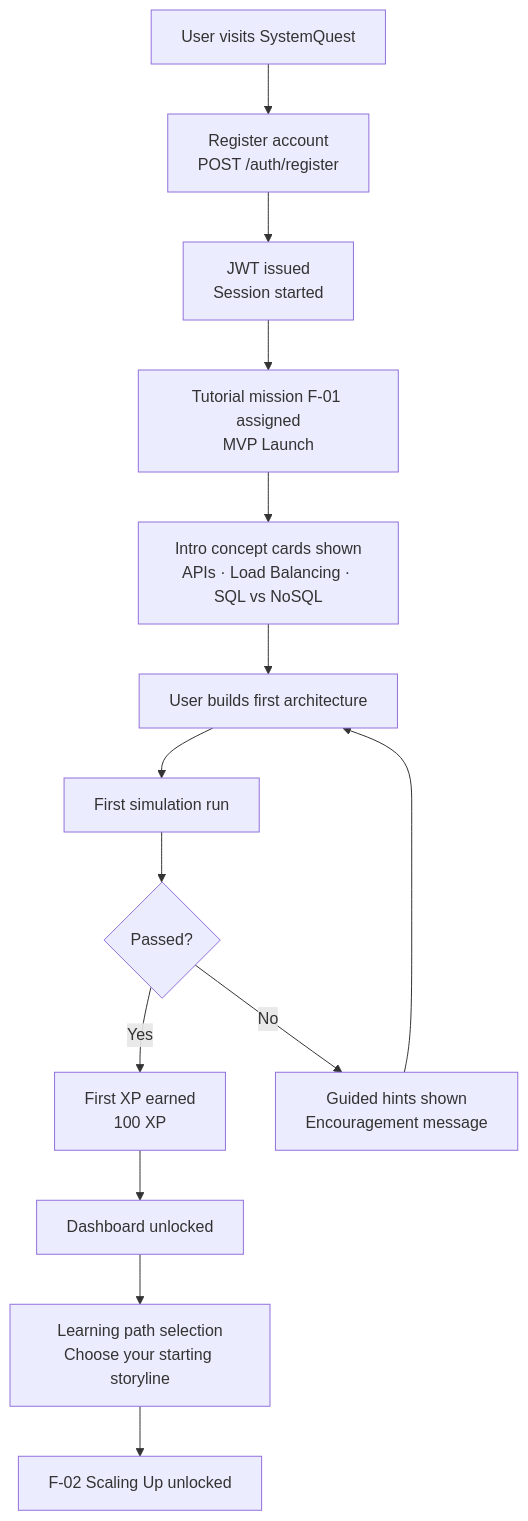
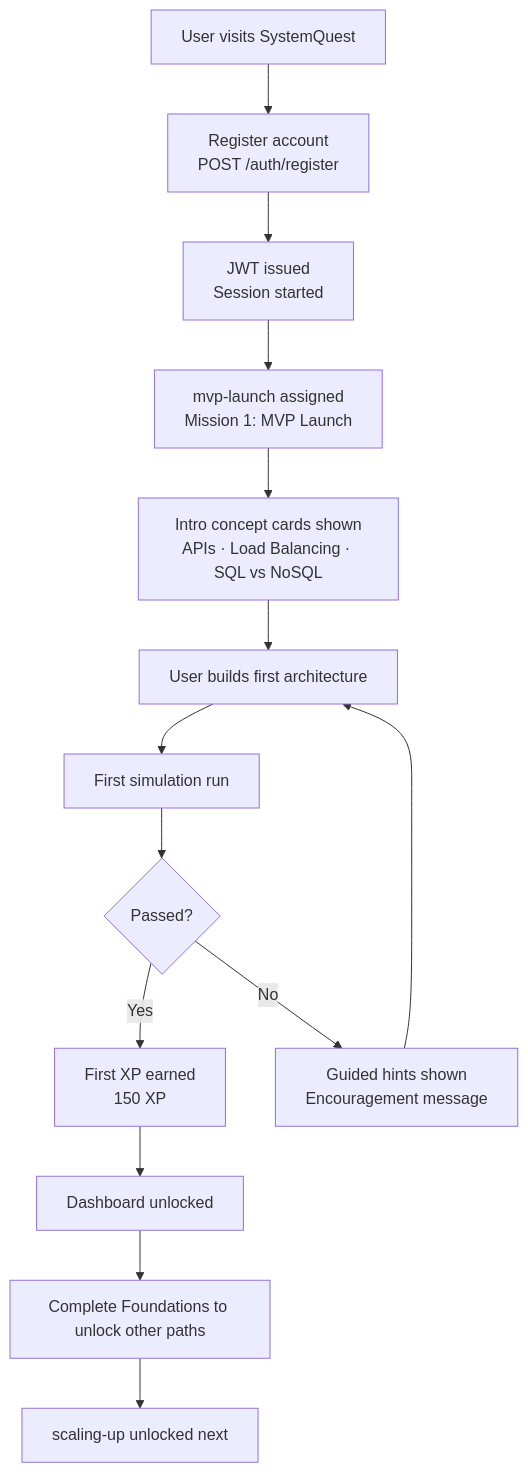
Before and after one commit to nevilshah235/systemquest: the seventh of 7 diagrams in README.md, drawn with Mermaid. The commit also changed other lines of this file, not shown here.

First line of the commit message:
docs: correct mission table — 23 built (Sprint 1 complete) sourced from main seed.ts

````diff
--- a/README.md
+++ b/README.md
@@ -413,16 +417,16 @@
 ```mermaid
 flowchart TD
     A[User visits SystemQuest] --> B[Register account\nPOST /auth/register]
     B --> C[JWT issued\nSession started]
-    C --> D[Tutorial mission F-01 assigned\nMVP Launch]
+    C --> D[mvp-launch assigned\nMission 1: MVP Launch]
     D --> E[Intro concept cards shown\nAPIs · Load Balancing · SQL vs NoSQL]
     E --> F[User builds first architecture]
     F --> G[First simulation run]
     G --> H{Passed?}
-    H -- Yes --> I[First XP earned\n100 XP]
+    H -- Yes --> I[First XP earned\n150 XP]
     H -- No --> J[Guided hints shown\nEncouragement message]
     J --> F
     I --> K[Dashboard unlocked]
-    K --> L[Learning path selection\nChoose your starting storyline]
-    L --> M[F-02 Scaling Up unlocked]
+    K --> L[Complete Foundations to unlock other paths]
+    L --> M[scaling-up unlocked next]
 ```
````
